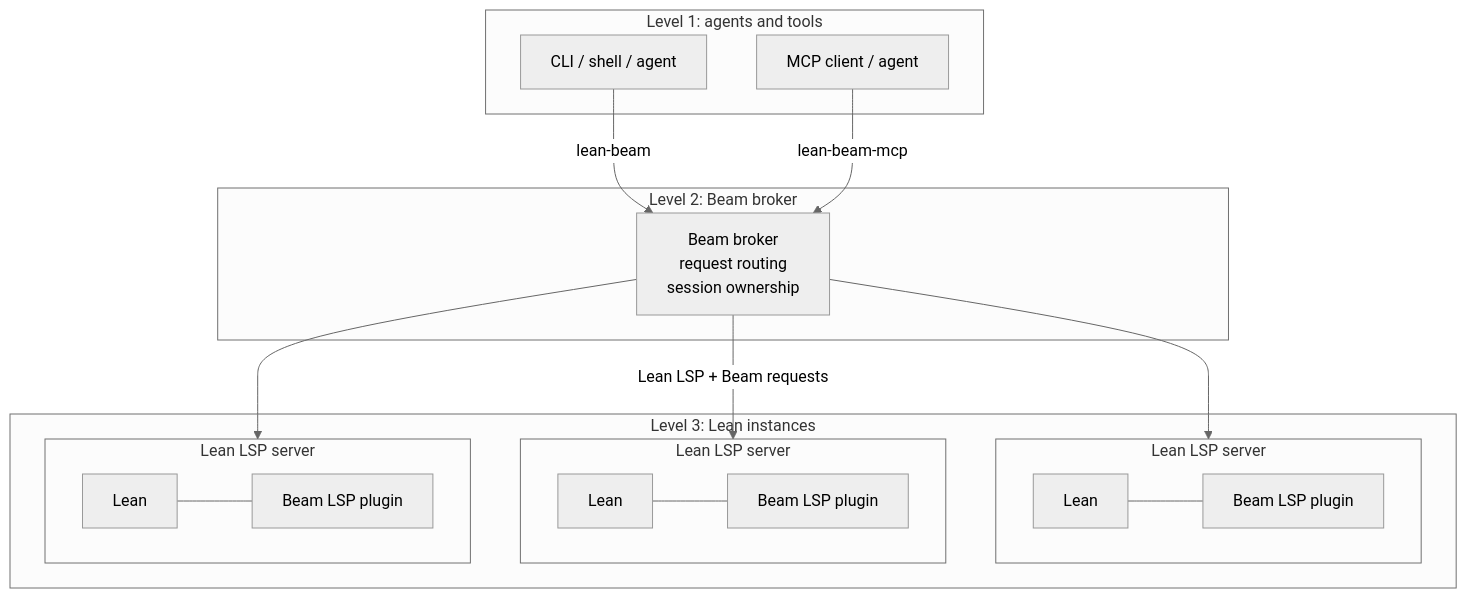
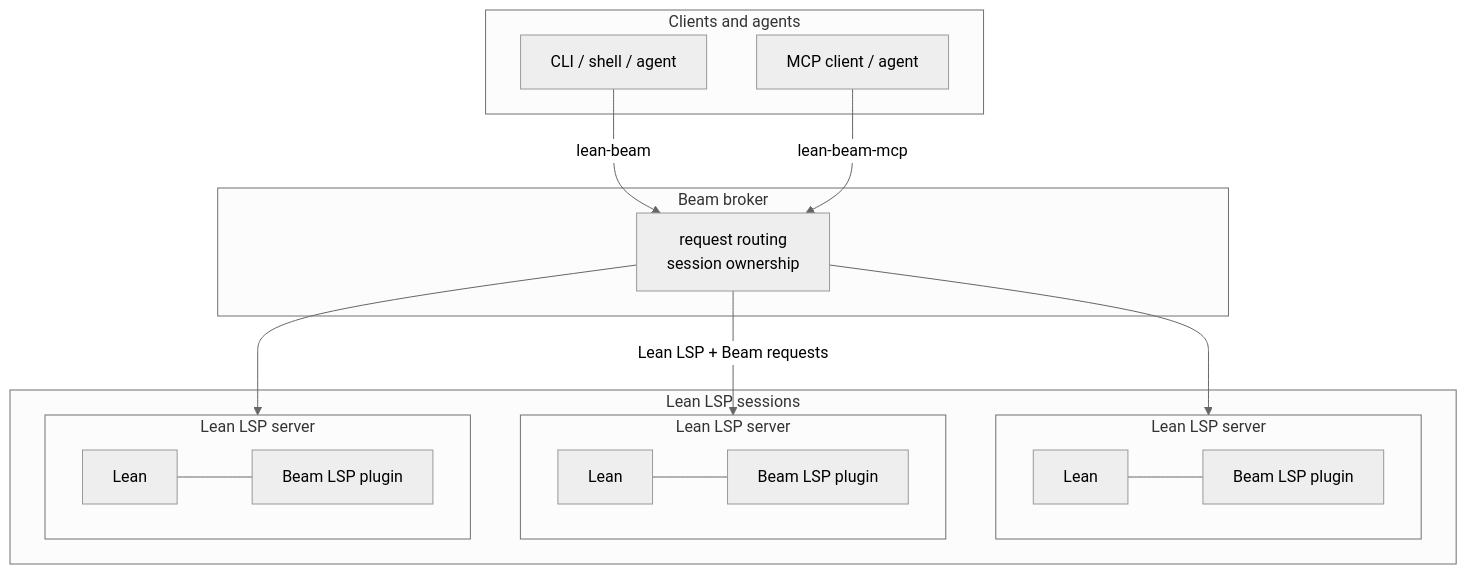
The diagram in README.md (ejgallego/lean-runAt), drawn with Mermaid (neutral theme) before and after one commit. The commit also changed other lines of this file, not shown here.

Commit message:
doc: improve README first-reader flow

````diff
--- a/README.md
+++ b/README.md
@@ -9,35 +104,35 @@
 ```mermaid
 flowchart TB
-  subgraph level1["Level 1: agents and tools"]
+  subgraph clients["Clients and agents"]
     cli["CLI / shell / agent"]
     mcp["MCP client / agent"]
   end
 
-  subgraph level2["Level 2: Beam broker"]
-    broker["Beam broker<br/>request routing<br/>session ownership"]
+  subgraph runtime["Beam broker"]
+    broker["request routing<br/>session ownership"]
   end
 
-  subgraph level3["Level 3: Lean instances"]
+  subgraph sessions["Lean LSP sessions"]
     subgraph lsp1["Lean LSP server"]
       lean1["Lean"]
       plugin1["Beam LSP plugin"]
     end
     subgraph lsp2["Lean LSP server"]
       lean2["Lean"]
       plugin2["Beam LSP plugin"]
     end
     subgraph lspn["Lean LSP server"]
       leanN["Lean"]
       pluginN["Beam LSP plugin"]
     end
   end
 
   cli -- lean-beam --> broker
   mcp -- lean-beam-mcp --> broker
   broker --> lsp1
   broker -- Lean LSP + Beam requests --> lsp2
   broker --> lspn
   lean1 --- plugin1
   lean2 --- plugin2
   leanN --- pluginN
 ```
````
